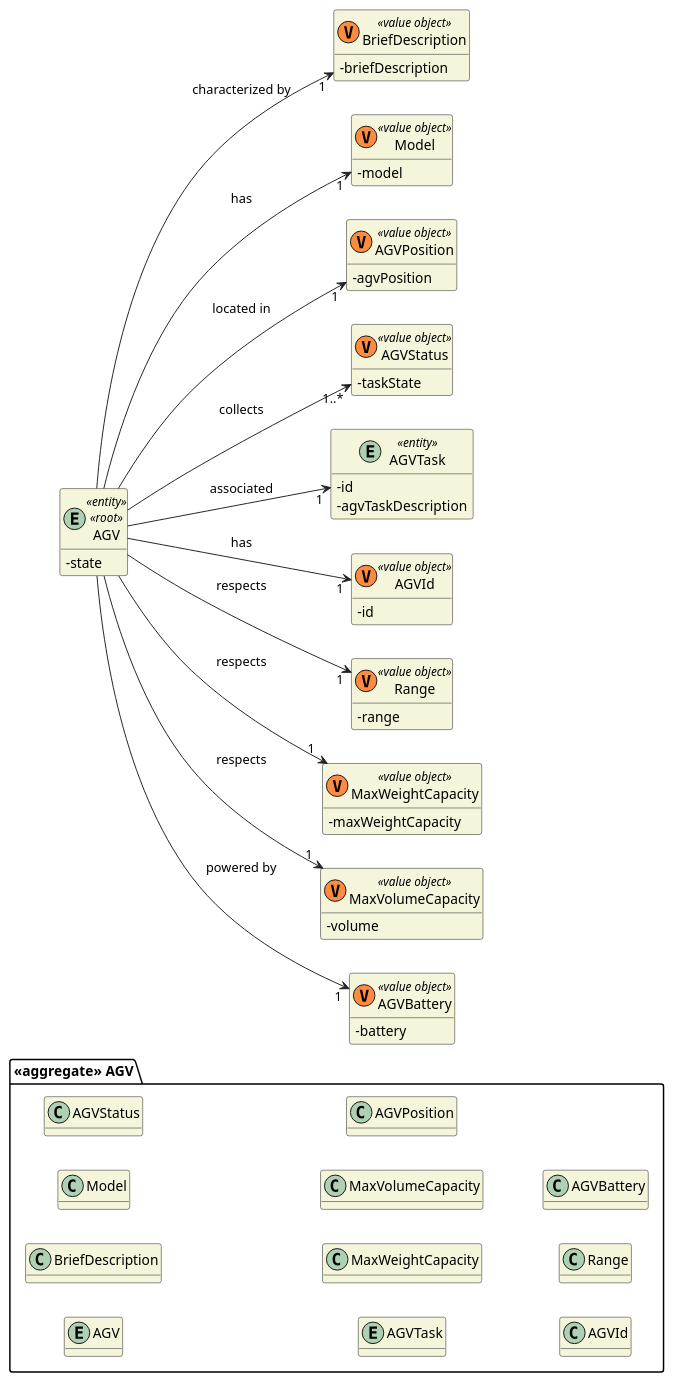
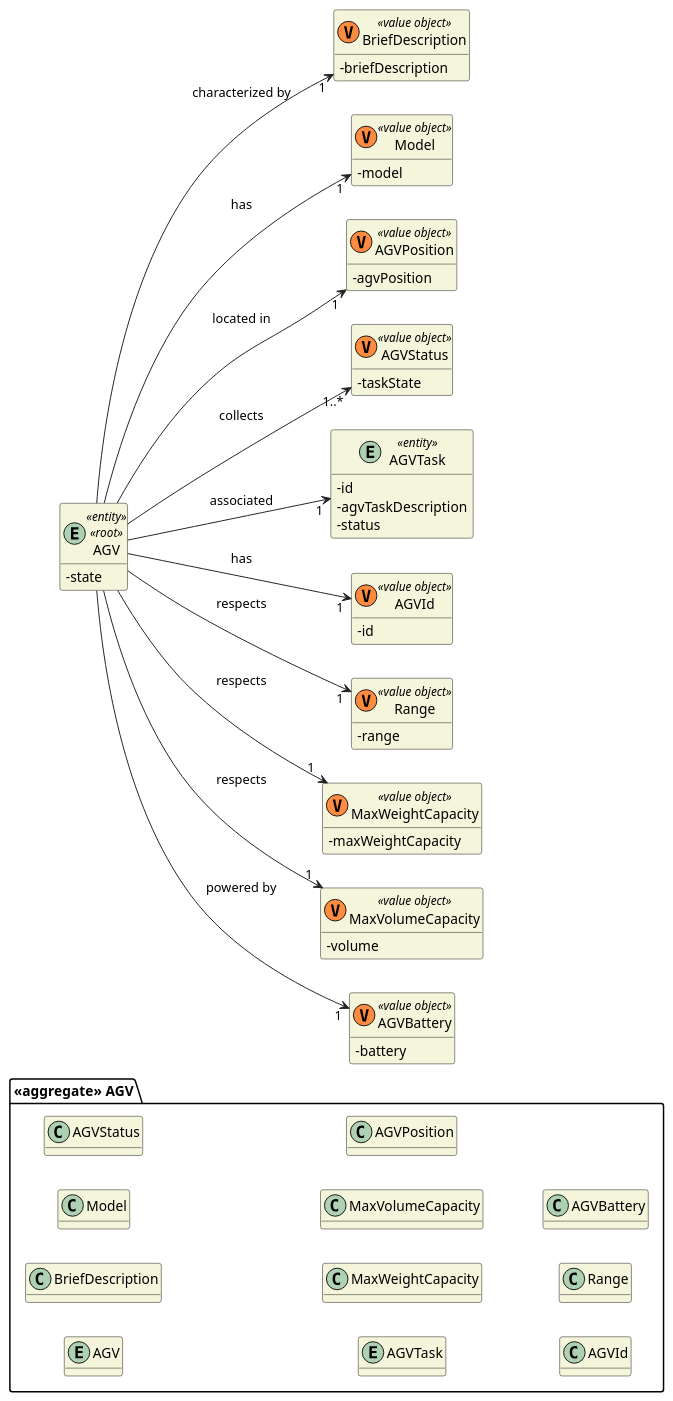
Before and after one commit to 0franciscor/lei21_22_s4_2de_01: the diagram in docs/1201239/US5100/DM_US5100.puml, drawn with PlantUML. The commit also changed 2 other files, not shown here.

```diff
--- a/docs/1201239/US5100/DM_US5100.puml
+++ b/docs/1201239/US5100/DM_US5100.puml
@@ -1,87 +1,88 @@
 @startuml
 
 hide methods
 left to right direction
 skinparam classAttributeIconSize 0
 skinparam classBackgroundColor beige
 skinparam ArrowColor #222222
 
 
 package "<<aggregate>> AGV" {
     entity AGV
     class BriefDescription
     class Model
     class AGVStatus
     entity AGVTask
     class MaxWeightCapacity
     class MaxVolumeCapacity
     class AGVPosition
     class AGVId
     class Range
     class AGVBattery
 }
 
 
 entity AGV <<entity>> <<root>> {
     -state
 }
 
 
 entity AGV <<entity>> <<root>> {}
 
 class BriefDescription <<(V,#FF8B40) value object>> {
 -briefDescription
 }
 
 class Model <<(V,#FF8B40) value object>> {
 -model
 }
 
 class AGVPosition <<(V,#FF8B40) value object>> {
 -agvPosition
 }
 
 class AGVStatus<<(V,#FF8B40) value object>> {
     -taskState
 }
 
 entity AGVTask <<entity>> {
     -id
     -agvTaskDescription
+    -status
 }
 
 class AGVId <<(V,#FF8B40) value object>> {
 -id
 }
 
 class Range <<(V,#FF8B40) value object>> {
 -range
 }
 
 class MaxWeightCapacity <<(V,#FF8B40) value object>> {
 -maxWeightCapacity
 }
 
 class MaxVolumeCapacity <<(V,#FF8B40) value object>> {
 -volume
 }
 
 class AGVBattery <<(V,#FF8B40) value object>> {
 -battery
 }
 
 
 AGV --> "1" AGVId : has
 AGV --> "1" Range : respects
 AGV --> "1" AGVTask : associated
 AGV --> "1..*" AGVStatus : collects
 AGV --> "1" Model : has
 AGV --> "1" BriefDescription : characterized by
 AGV --> "1" MaxWeightCapacity : respects
 AGV --> "1" MaxVolumeCapacity : respects
 AGV --> "1" AGVPosition : located in
 AGV --> "1" AGVBattery : powered by
 
 
 
 @enduml
```
